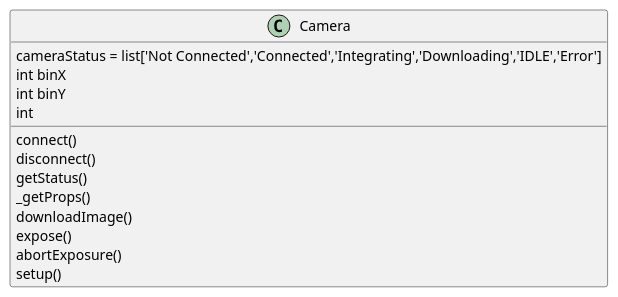
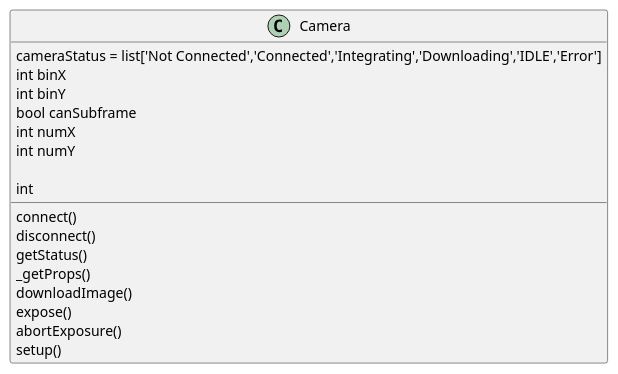
The diagram in uml/camera_base.puml (sayitfast/MountWizzard3), drawn with PlantUML before and after one commit. The commit also changed 13 other files, not shown here.

```diff
--- a/uml/camera_base.puml
+++ b/uml/camera_base.puml
@@ -1,18 +1,22 @@
 @startuml
 
 class Camera {
 cameraStatus = list['Not Connected','Connected','Integrating','Downloading','IDLE','Error']
 int binX
 int binY
+bool canSubframe
+int numX
+int numY
+
 int
 connect()
 disconnect()
 getStatus()
 _getProps()
 downloadImage()
 expose()
 abortExposure()
 setup()
 }
 
 @enduml
```
